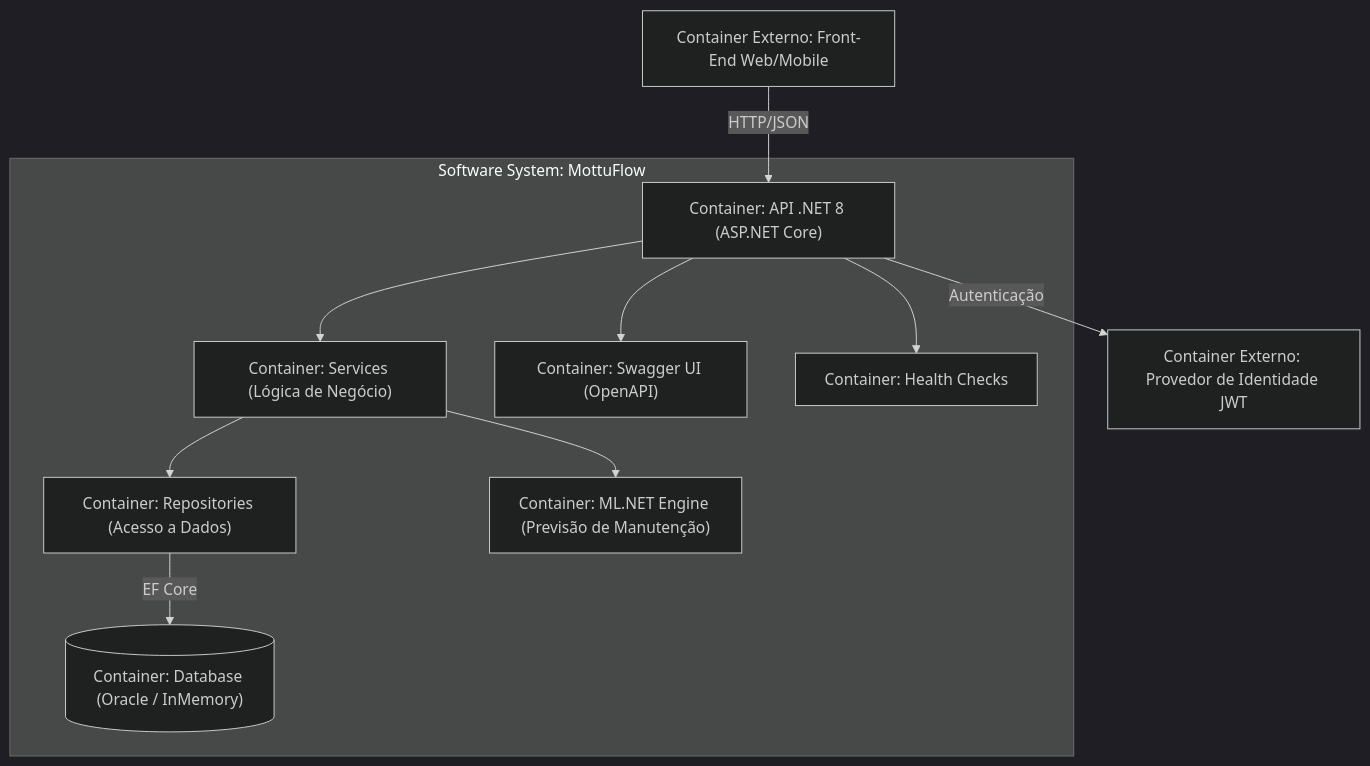
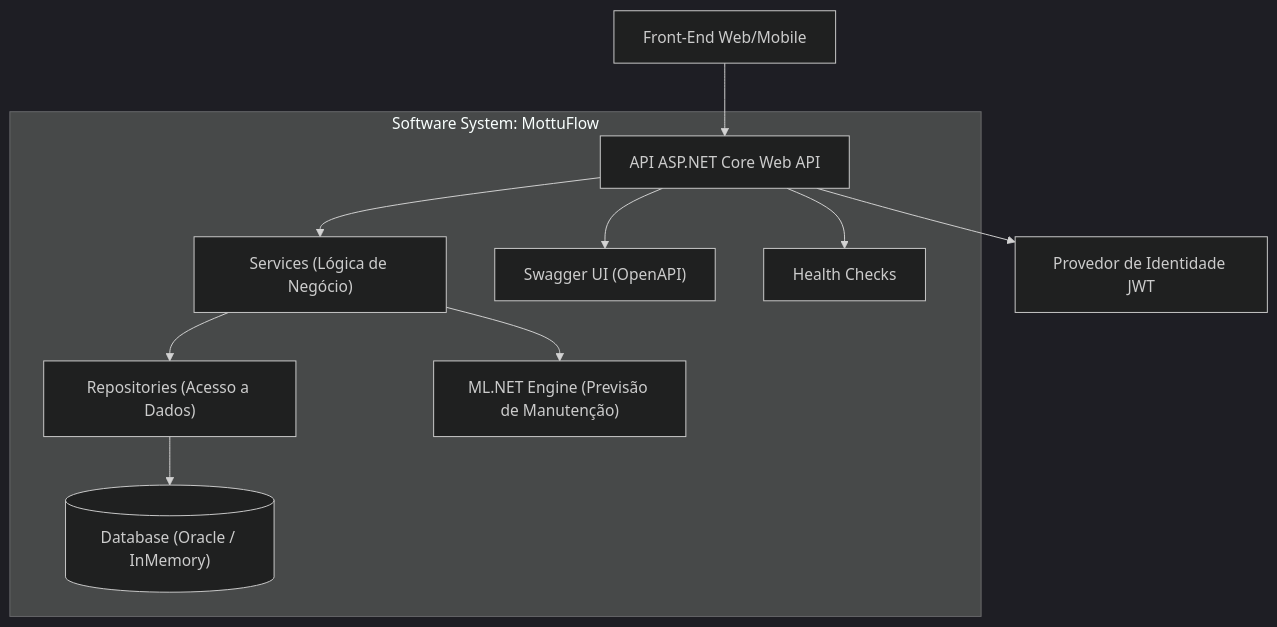
One commit to leomotalima/MottuFlow-Sprint4 changed the second of 3 diagrams in README.md. Above: the diagram before and after it, drawn with Mermaid (dark theme). The commit also changed other lines of this file, not shown here.

````diff
--- a/README.md
+++ b/README.md
@@ -69,24 +58,25 @@
 ```mermaid
 graph TB
-    subgraph MottuFlow ["Software System: MottuFlow"]
-        api["Container: API .NET 8 (ASP.NET Core)"]
-        service["Container: Services (Lógica de Negócio)"]
-        repo["Container: Repositories (Acesso a Dados)"]
-        db[("Container: Database (Oracle / InMemory)")]
-        swagger["Container: Swagger UI (OpenAPI)"]
-        health["Container: Health Checks"]
-        ml["Container: ML.NET Engine (Previsão de Manutenção)"]
+    subgraph MottuFlow["Software System: MottuFlow"]
+        api["API ASP.NET Core Web API"]
+        service["Services (Lógica de Negócio)"]
+        repo["Repositories (Acesso a Dados)"]
+        db[("Database (Oracle / InMemory)")]
+
+        swagger["Swagger UI (OpenAPI)"]
+        health["Health Checks"]
+        ml["ML.NET Engine (Previsão de Manutenção)"]
     end
 
-    user["Container Externo: Front-End Web/Mobile"]
-    idp["Container Externo: Provedor de Identidade JWT"]
+    user["Front-End Web/Mobile"]
+    idp["Provedor de Identidade JWT"]
 
-    user -->|HTTP/JSON| api
+    user --> api
     api --> service
     service --> repo
-    repo -->|EF Core| db
+    repo --> db
     api --> swagger
     api --> health
     service --> ml
-    api -->|Autenticação| idp
+    api --> idp
 ```
````
